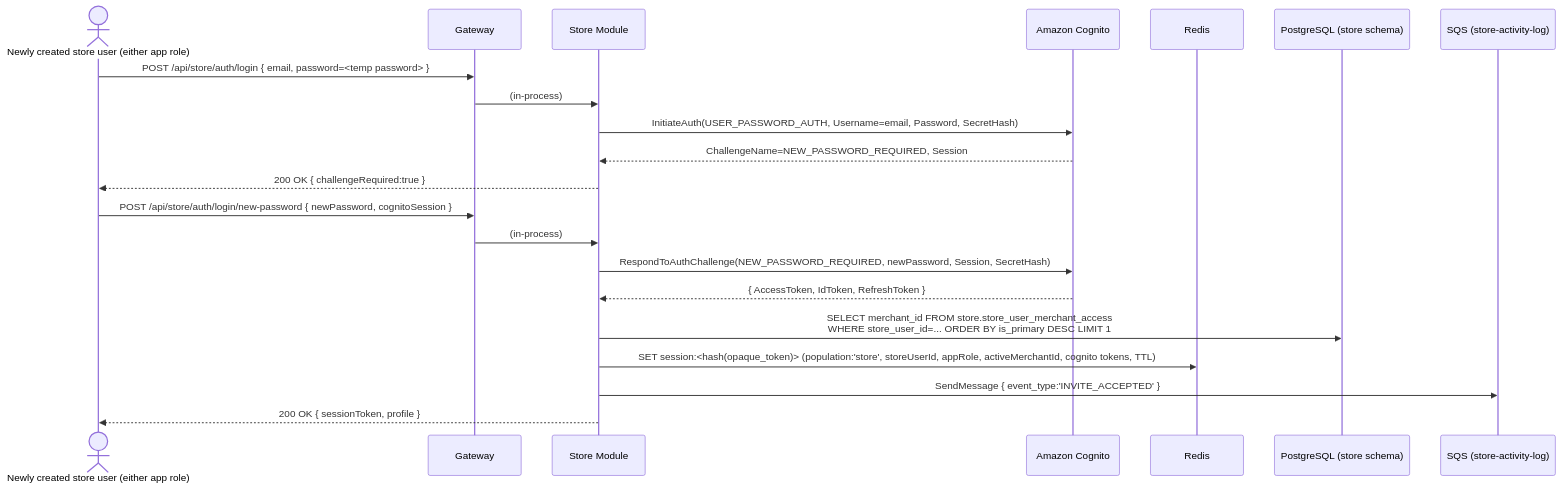
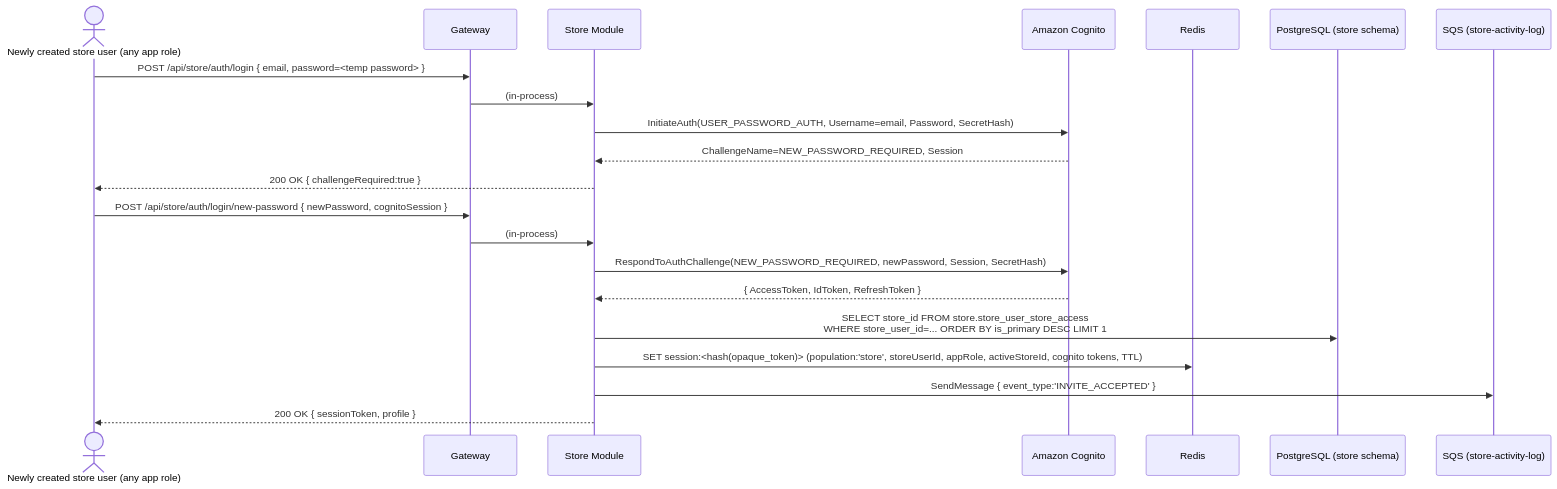
One commit to szhanggit/appointmentsystemdesign changed the fourth of 6 diagrams in usercasestudy/growayshop-registration-workflow.md. Above: the diagram before and after it, drawn with Mermaid. The commit also changed other lines of this file and 6 other files, not shown here.

````diff
--- a/usercasestudy/growayshop-registration-workflow.md
+++ b/usercasestudy/growayshop-registration-workflow.md
@@ -197,25 +259,25 @@
 ```mermaid
 sequenceDiagram
-    actor N as Newly created store user (either app role)
+    actor N as Newly created store user (any app role)
     participant GW as Gateway
     participant SM as Store Module
     participant SCOG as Amazon Cognito
     participant REDIS as Redis
     participant DB as PostgreSQL (store schema)
     participant SQSQ as SQS (store-activity-log)
 
     N->>GW: POST /api/store/auth/login { email, password=<temp password> }
     GW->>SM: (in-process)
     SM->>SCOG: InitiateAuth(USER_PASSWORD_AUTH, Username=email, Password, SecretHash)
     SCOG-->>SM: ChallengeName=NEW_PASSWORD_REQUIRED, Session
     SM-->>N: 200 OK { challengeRequired:true }
 
     N->>GW: POST /api/store/auth/login/new-password { newPassword, cognitoSession }
     GW->>SM: (in-process)
     SM->>SCOG: RespondToAuthChallenge(NEW_PASSWORD_REQUIRED, newPassword, Session, SecretHash)
     SCOG-->>SM: { AccessToken, IdToken, RefreshToken }
-    SM->>DB: SELECT merchant_id FROM store.store_user_merchant_access<br/>WHERE store_user_id=... ORDER BY is_primary DESC LIMIT 1
-    SM->>REDIS: SET session:<hash(opaque_token)> (population:'store', storeUserId, appRole, activeMerchantId, cognito tokens, TTL)
+    SM->>DB: SELECT store_id FROM store.store_user_store_access<br/>WHERE store_user_id=... ORDER BY is_primary DESC LIMIT 1
+    SM->>REDIS: SET session:<hash(opaque_token)> (population:'store', storeUserId, appRole, activeStoreId, cognito tokens, TTL)
     SM->>SQSQ: SendMessage { event_type:'INVITE_ACCEPTED' }
     SM-->>N: 200 OK { sessionToken, profile }
 ```
````
